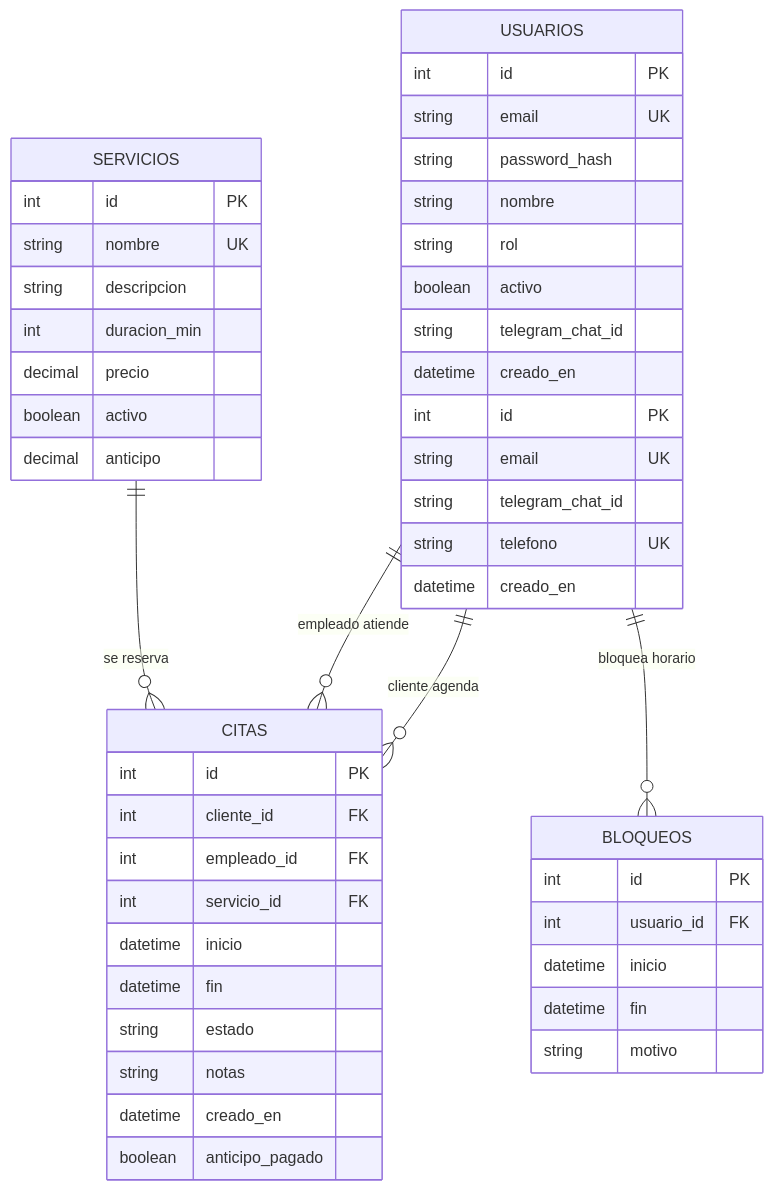
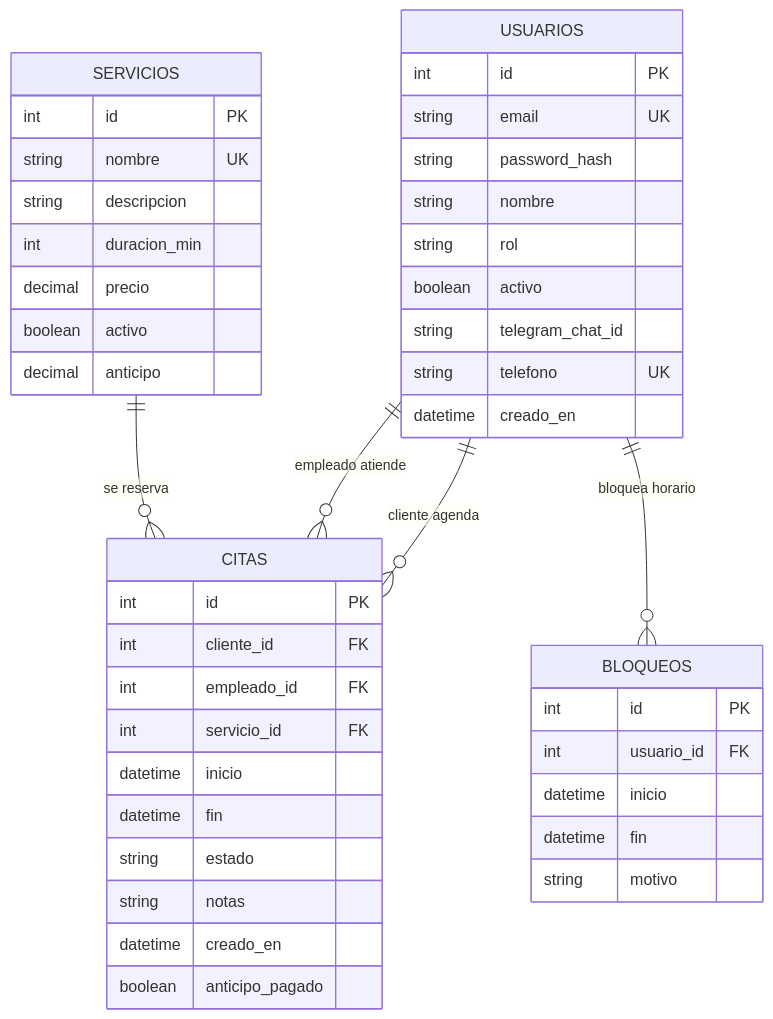
The diagram in docs/modelo-er.md (EvainLB/citas-api), drawn with Mermaid before and after one commit. The commit also changed 1 other file, not shown here.

Commit message:
fix: indices en citas y bloqueos, corrige diagrama

````diff
--- a/docs/modelo-er.md
+++ b/docs/modelo-er.md
@@ -3,55 +3,47 @@
 ```mermaid
 erDiagram
     USUARIOS ||--o{ CITAS : "cliente agenda"
     USUARIOS ||--o{ CITAS : "empleado atiende"
     SERVICIOS ||--o{ CITAS : "se reserva"
     USUARIOS ||--o{ BLOQUEOS : "bloquea horario"
 
     USUARIOS {
         int id PK
         string email UK
         string password_hash
         string nombre
         string rol
         boolean activo
         string telegram_chat_id
+        string telefono UK
         datetime creado_en
     }
     SERVICIOS {
         int id PK
         string nombre UK
         string descripcion
         int duracion_min
         decimal precio
         boolean activo
         decimal anticipo
     }
     CITAS {
         int id PK
         int cliente_id FK
         int empleado_id FK
         int servicio_id FK
         datetime inicio
         datetime fin
         string estado
         string notas
         datetime creado_en
         boolean anticipo_pagado
     }
     BLOQUEOS {
         int id PK
         int usuario_id FK
         datetime inicio
         datetime fin
         string motivo
     }
-
-        USUARIOS {
-        int id PK
-        string email UK
-                string telegram_chat_id
-        string telefono UK
-        datetime creado_en
-    }
-    
 ```
````
